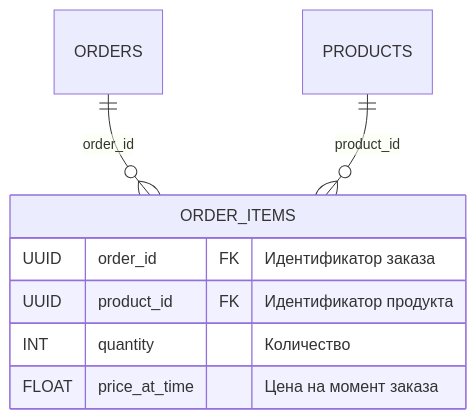
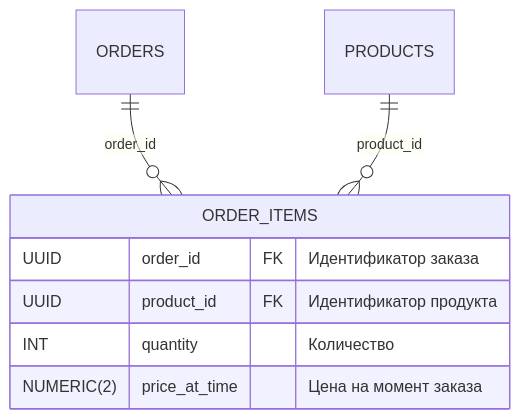
Before and after one commit to go-park-mail-ru/2025_1_adminadmin: the seventh of 13 diagrams in db/db_norm/relations.md, drawn with Mermaid. The commit also changed other lines of this file and 2 other files, not shown here.

````diff
--- a/db/db_norm/relations.md
+++ b/db/db_norm/relations.md
@@ -303,11 +303,11 @@
 ```mermaid
 erDiagram
     ORDER_ITEMS {
         UUID order_id FK "Идентификатор заказа"
         UUID product_id FK "Идентификатор продукта"
         INT quantity "Количество"
-        FLOAT price_at_time "Цена на момент заказа"
+        NUMERIC(2) price_at_time "Цена на момент заказа"
     }
     ORDERS ||--o{ ORDER_ITEMS : "order_id"
     PRODUCTS ||--o{ ORDER_ITEMS : "product_id"
 ```
````
